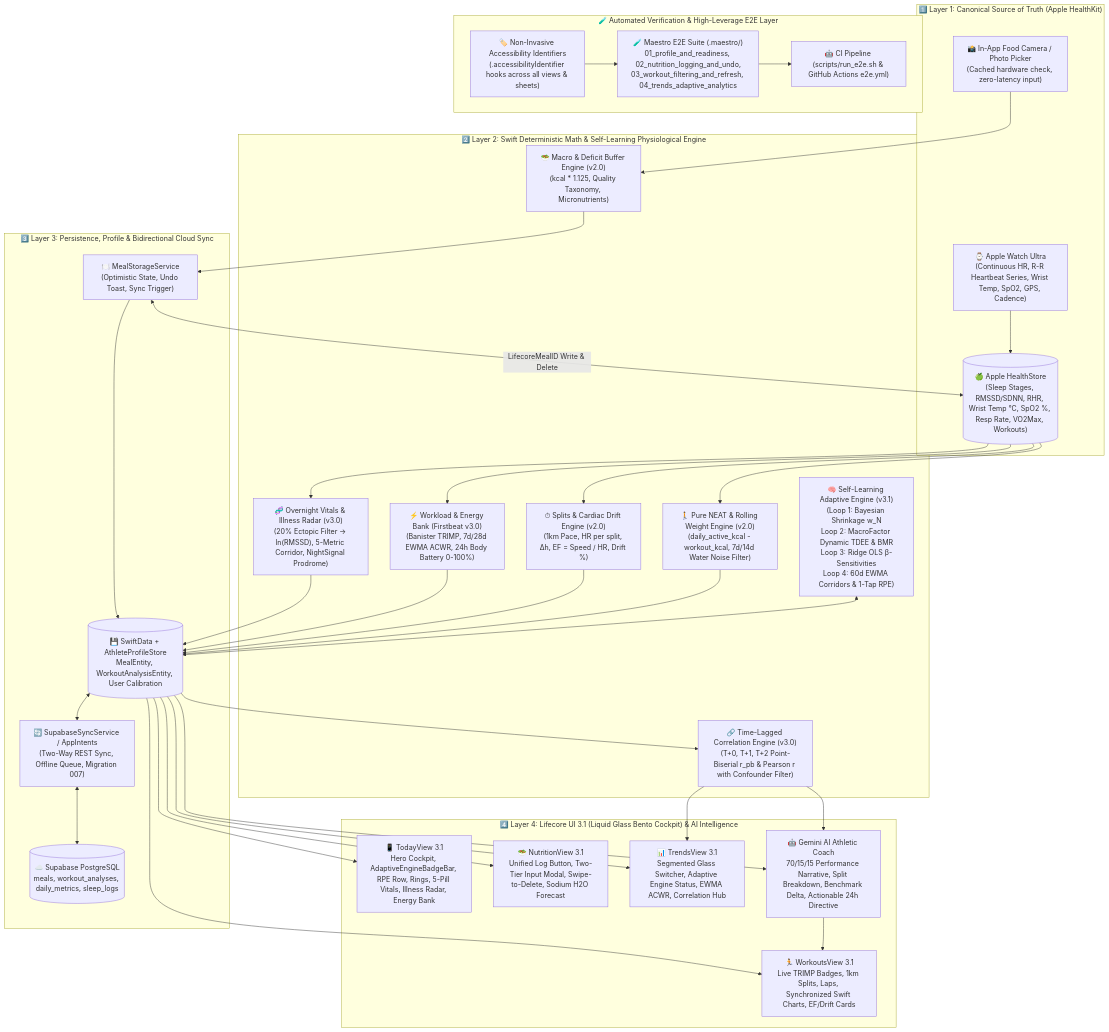
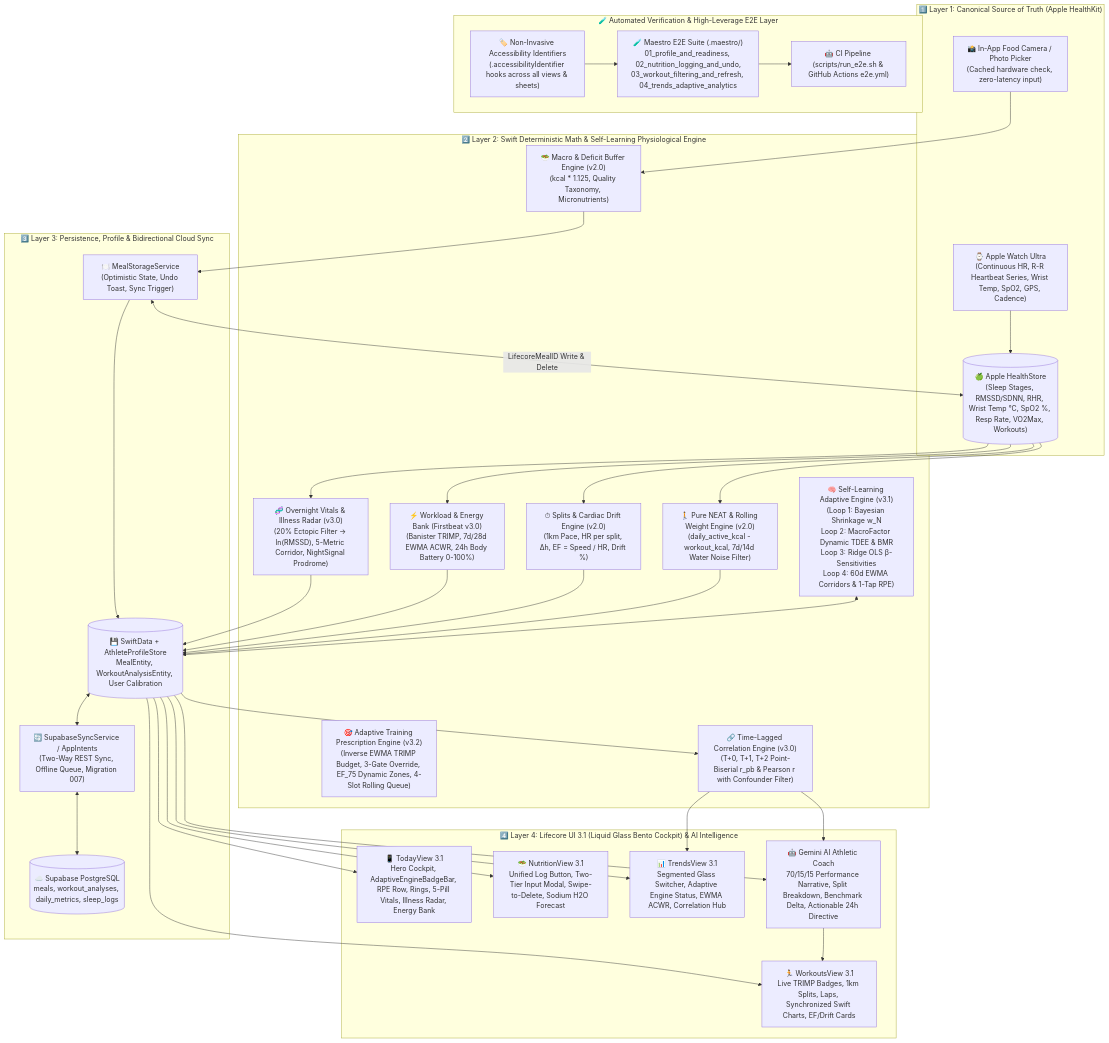
One commit to skycherepanya/calories-bot-mvp changed the diagram in docs/ARCHITECTURE.md. Above: the diagram before and after it, drawn with Mermaid. The commit also changed 6 other files, not shown here.

Commit message:
docs(v3.2): add deterministic adaptive training prescription engine spec and 4-phase flash roadmap

````diff
--- a/docs/ARCHITECTURE.md
+++ b/docs/ARCHITECTURE.md
@@ -26,72 +26,73 @@
 ```mermaid
 flowchart TD
     subgraph Layer1 ["1️⃣ Layer 1: Canonical Source of Truth (Apple HealthKit)"]
         Watch["⌚️ Apple Watch Ultra\n(Continuous HR, R-R Heartbeat Series, Wrist Temp, SpO2, GPS, Cadence)"]
         HKStore[("🍏 Apple HealthStore\n(Sleep Stages, RMSSD/SDNN, RHR, Wrist Temp °C, SpO2 %, Resp Rate, VO2Max, Workouts)")]
         Camera["📸 In-App Food Camera / Photo Picker\n(Cached hardware check, zero-latency input)"]
         Watch --> HKStore
     end
 
     subgraph Layer2 ["2️⃣ Layer 2: Swift Deterministic Math & Self-Learning Physiological Engine"]
         VitalsEngine["🧬 Overnight Vitals & Illness Radar (v3.0)\n(20% Ectopic Filter -> ln(RMSSD), 5-Metric Corridor, NightSignal Prodrome)"]
         AdaptiveEngine["🧠 Self-Learning Adaptive Engine (v3.1)\n(Loop 1: Bayesian Shrinkage w_N\nLoop 2: MacroFactor Dynamic TDEE & BMR\nLoop 3: Ridge OLS β-Sensitivities\nLoop 4: 60d EWMA Corridors & 1-Tap RPE)"]
+        PrescriptionEngine["🎯 Adaptive Training Prescription Engine (v3.2)\n(Inverse EWMA TRIMP Budget, 3-Gate Override, EF_75 Dynamic Zones, 4-Slot Rolling Queue)"]
         WorkloadEngine["⚡ Workload & Energy Bank (Firstbeat v3.0)\n(Banister TRIMP, 7d/28d EWMA ACWR, 24h Body Battery 0-100%)"]
         SplitEngine["⏱ Splits & Cardiac Drift Engine (v2.0)\n(1km Pace, HR per split, Δh, EF = Speed / HR, Drift %)"]
         CorrEngine["🔗 Time-Lagged Correlation Engine (v3.0)\n(T+0, T+1, T+2 Point-Biserial r_pb & Pearson r with Confounder Filter)"]
         NEATEngine["🚶 Pure NEAT & Rolling Weight Engine (v2.0)\n(daily_active_kcal - workout_kcal, 7d/14d Water Noise Filter)"]
         MacroEngine["🥗 Macro & Deficit Buffer Engine (v2.0)\n(kcal * 1.125, Quality Taxonomy, Micronutrients)"]
     end
 
     subgraph Layer3 ["3️⃣ Layer 3: Persistence, Profile & Bidirectional Cloud Sync"]
         SwiftData[("💾 SwiftData + AthleteProfileStore\nMealEntity, WorkoutAnalysisEntity, User Calibration")]
         MealService["🍽️ MealStorageService\n(Optimistic State, Undo Toast, Sync Trigger)"]
         SyncService["🔄 SupabaseSyncService / AppIntents\n(Two-Way REST Sync, Offline Queue, Migration 007)"]
         SupaDB[("☁️ Supabase PostgreSQL\nmeals, workout_analyses, daily_metrics, sleep_logs")]
     end
 
     subgraph Layer4 ["4️⃣ Layer 4: Lifecore UI 3.1 (Liquid Glass Bento Cockpit) & AI Intelligence"]
         Dashboard["📱 TodayView 3.1\nHero Cockpit, AdaptiveEngineBadgeBar, RPE Row, Rings, 5-Pill Vitals, Illness Radar, Energy Bank"]
         WorkoutsUI["🏃 WorkoutsView 3.1\nLive TRIMP Badges, 1km Splits, Laps, Synchronized Swift Charts, EF/Drift Cards"]
         NutritionUI["🥗 NutritionView 3.1\nUnified Log Button, Two-Tier Input Modal, Swipe-to-Delete, Sodium H2O Forecast"]
         TrendsHub["📊 TrendsView 3.1\nSegmented Glass Switcher, Adaptive Engine Status, EWMA ACWR, Correlation Hub"]
         GeminiProxy["🤖 Gemini AI Athletic Coach\n70/15/15 Performance Narrative, Split Breakdown, Benchmark Delta, Actionable 24h Directive"]
     end
 
     subgraph TestingLayer ["🧪 Automated Verification & High-Leverage E2E Layer"]
         MaestroSuite["🧪 Maestro E2E Suite (.maestro/)\n01_profile_and_readiness, 02_nutrition_logging_and_undo,\n03_workout_filtering_and_refresh, 04_trends_adaptive_analytics"]
         Accessibility["🏷️ Non-Invasive Accessibility Identifiers\n(.accessibilityIdentifier hooks across all views & sheets)"]
         CI["🤖 CI Pipeline (scripts/run_e2e.sh & GitHub Actions e2e.yml)"]
     end
 
     HKStore --> VitalsEngine
     HKStore --> WorkloadEngine
     HKStore --> SplitEngine
     HKStore --> NEATEngine
     Camera --> MacroEngine
 
     VitalsEngine --> SwiftData
     WorkloadEngine --> SwiftData
     SplitEngine --> SwiftData
     NEATEngine --> SwiftData
     MacroEngine --> MealService
     MealService --> SwiftData
     AdaptiveEngine <--> SwiftData
 
     SwiftData --> CorrEngine
     SwiftData <--> SyncService
     SyncService <--> SupaDB
 
     MealService <-->|LifecoreMealID Write & Delete| HKStore
 
     SwiftData --> Dashboard
     SwiftData --> WorkoutsUI
     SwiftData --> NutritionUI
     SwiftData --> TrendsHub
     CorrEngine --> TrendsHub
     CorrEngine --> GeminiProxy
     SwiftData --> GeminiProxy
     GeminiProxy --> WorkoutsUI
 
     Accessibility --> MaestroSuite
     MaestroSuite --> CI
 ```
````
